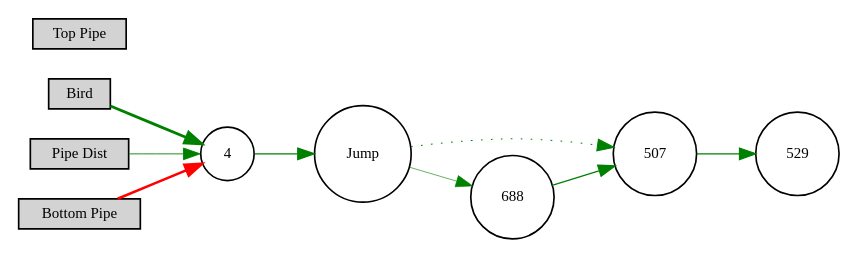
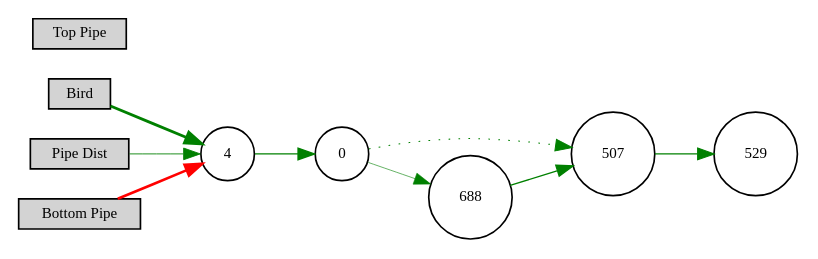
Before and after one commit to Tanisha572/flappy-bird-AI: the diagram in Digraph.gv, drawn with Graphviz. The commit also changed 1 other file, not shown here.

Commit message:
fixed graph

```diff
--- a/Digraph.gv
+++ b/Digraph.gv
@@ -1,16 +1,16 @@
 digraph {
 	graph [rankdir=LR]
 	node [fontsize=9 height=0.2 shape=circle width=0.2]
 	Bird [fillcolor=lightgray shape=box style=filled]
 	"Pipe Dist" [fillcolor=lightgray shape=box style=filled]
 	"Top Pipe" [fillcolor=lightgray shape=box style=filled]
 	"Bottom Pipe" [fillcolor=lightgray shape=box style=filled]
 	Bird -> 4 [color=green penwidth=1.6460192970308596 style=solid]
 	"Bottom Pipe" -> 4 [color=red penwidth=1.5716365700052994 style=solid]
-	4 -> Jump [color=green penwidth=0.7674335418403827 style=solid]
+	4 -> 0 [color=green penwidth=0.7674335418403827 style=solid]
 	507 -> 529 [color=green penwidth=0.6432850633474688 style=solid]
 	"Pipe Dist" -> 4 [color=green penwidth=0.5252060896293271 style=solid]
-	Jump -> 507 [color=green penwidth=0.6084594025964113 style=dotted]
-	Jump -> 688 [color=green penwidth=0.3606585275812718 style=solid]
+	0 -> 507 [color=green penwidth=0.6084594025964113 style=dotted]
+	0 -> 688 [color=green penwidth=0.3606585275812718 style=solid]
 	688 -> 507 [color=green penwidth=0.7440993338979559 style=solid]
 }
```
